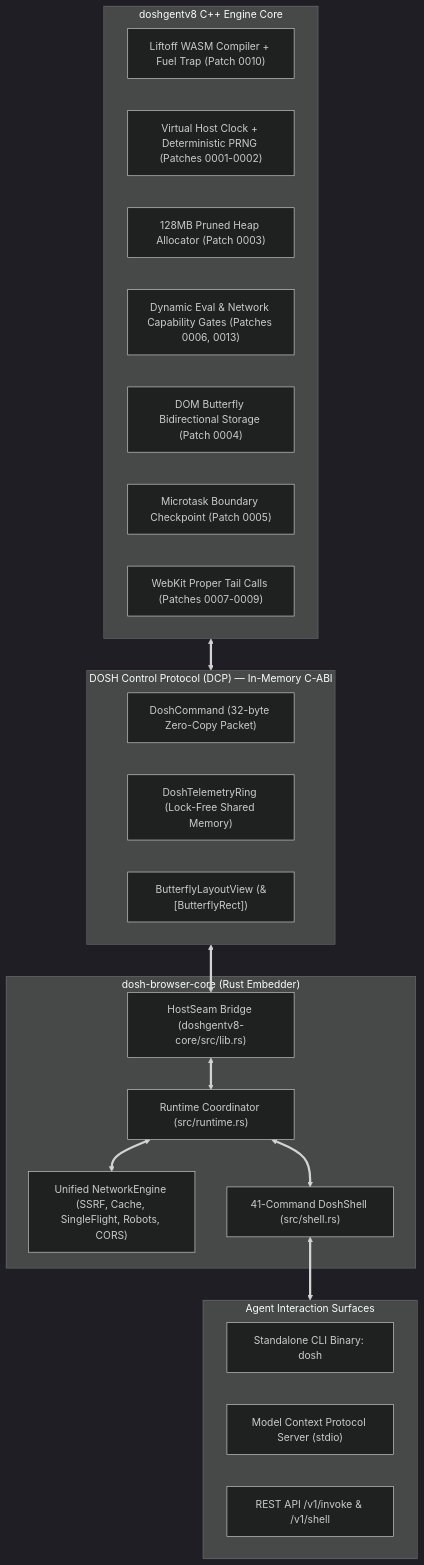
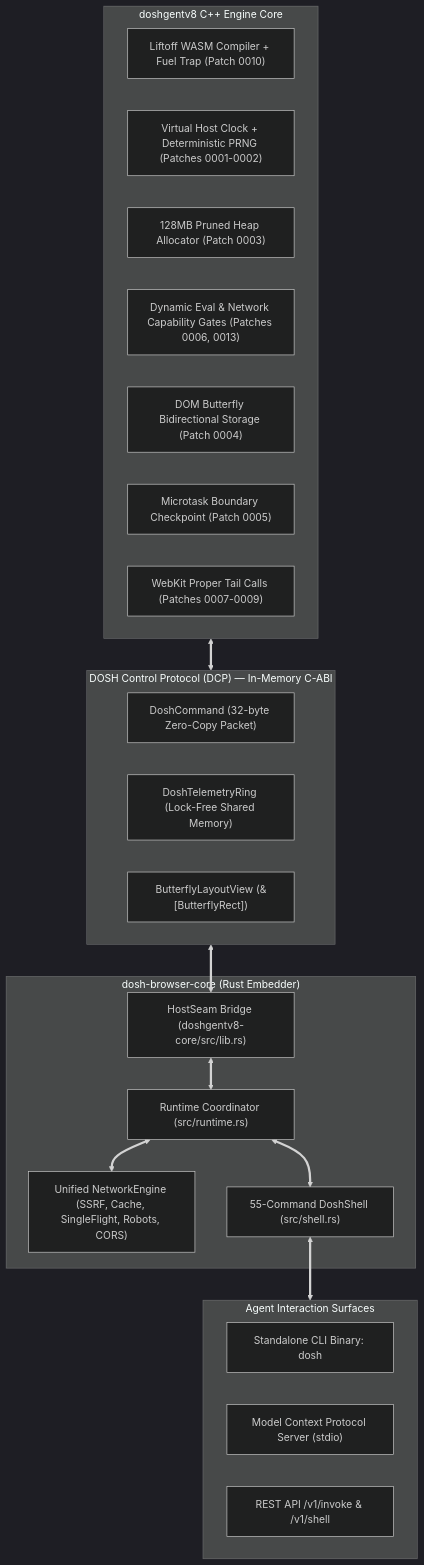
One commit to asish231/dosh-browser changed the diagram in docs/DCP-PROTOCOL-AND-V8-UNIFIED-SHELL-PLAN.md. Above: the diagram before and after it, drawn with Mermaid (dark theme). The commit also changed other lines of this file, not shown here.

Commit message:
docs(DCP): track the 41->45->55 command count in the unified-shell plan
Phase 1 (net.*) and Phase 2 (state.*) bring the shell to 55 commands;
the DCP plan title + flowchart node now reflect that.

````diff
--- a/docs/DCP-PROTOCOL-AND-V8-UNIFIED-SHELL-PLAN.md
+++ b/docs/DCP-PROTOCOL-AND-V8-UNIFIED-SHELL-PLAN.md
@@ -19,38 +19,38 @@
 ```mermaid
 flowchart TD
     subgraph V8_CPP ["doshgentv8 C++ Engine Core"]
         WASM_LIFTOFF["Liftoff WASM Compiler + Fuel Trap (Patch 0010)"]
         CLOCK_PRNG["Virtual Host Clock + Deterministic PRNG (Patches 0001-0002)"]
         HEAP_128M["128MB Pruned Heap Allocator (Patch 0003)"]
         GATES["Dynamic Eval & Network Capability Gates (Patches 0006, 0013)"]
         BUTTERFLY["DOM Butterfly Bidirectional Storage (Patch 0004)"]
         CHECKPOINT["Microtask Boundary Checkpoint (Patch 0005)"]
         PTC["WebKit Proper Tail Calls (Patches 0007-0009)"]
     end
 
     subgraph DCP_ABI ["DOSH Control Protocol (DCP) — In-Memory C-ABI"]
         CMD_STRUCT["DoshCommand (32-byte Zero-Copy Packet)"]
         RING_BUFFER["DoshTelemetryRing (Lock-Free Shared Memory)"]
         MEM_VIEW["ButterflyLayoutView (&[ButterflyRect])"]
     end
 
     subgraph RUST_CORE ["dosh-browser-core (Rust Embedder)"]
         SEAM["HostSeam Bridge (doshgentv8-core/src/lib.rs)"]
         NET_ENG["Unified NetworkEngine (SSRF, Cache, SingleFlight, Robots, CORS)"]
         RUNTIME["Runtime Coordinator (src/runtime.rs)"]
-        SHELL["41-Command DoshShell (src/shell.rs)"]
+        SHELL["55-Command DoshShell (src/shell.rs)"]
     end
 
     subgraph SURFACES ["Agent Interaction Surfaces"]
         CLI["Standalone CLI Binary: dosh"]
         MCP["Model Context Protocol Server (stdio)"]
         REST["REST API /v1/invoke & /v1/shell"]
     end
 
     V8_CPP <==> DCP_ABI
     DCP_ABI <==> SEAM
     SEAM <==> RUNTIME
     RUNTIME <==> NET_ENG
     RUNTIME <==> SHELL
     SHELL <==> SURFACES
 ```
````
